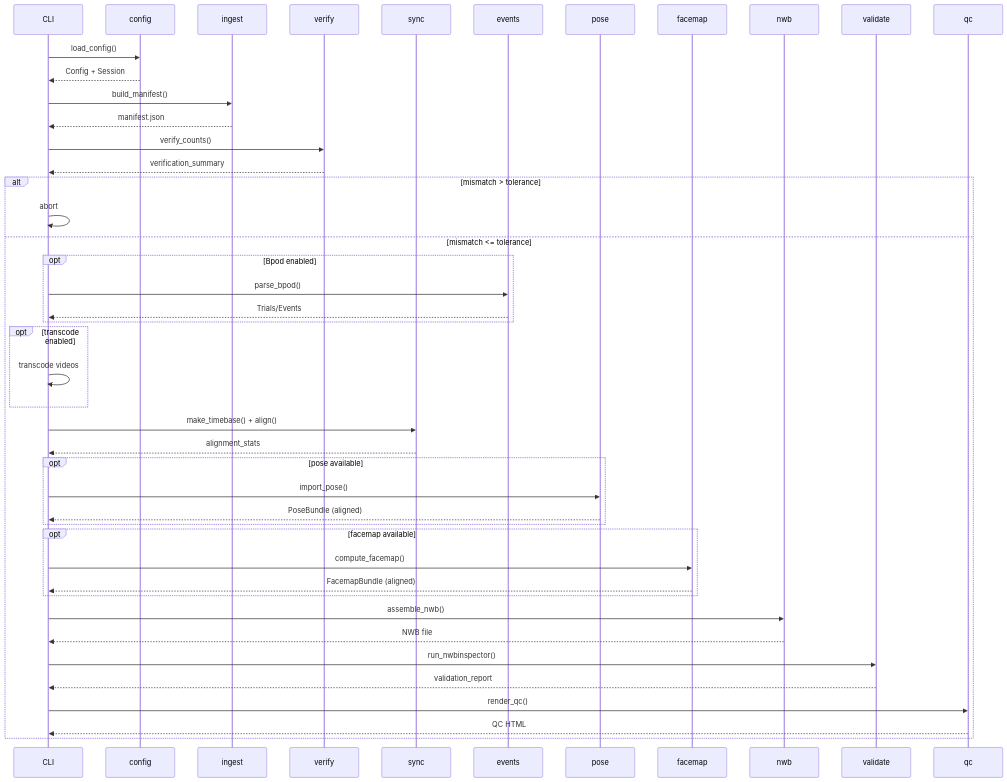
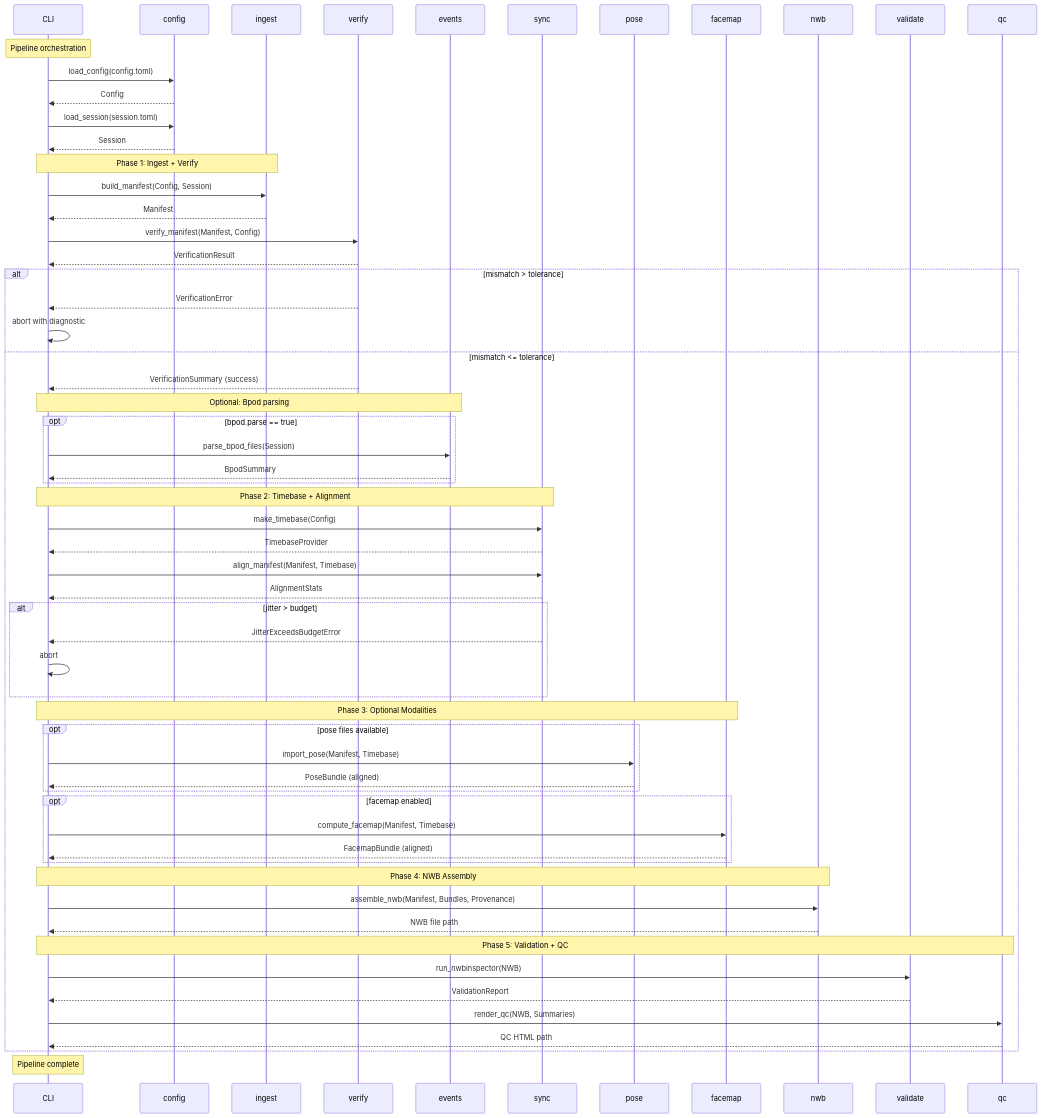
Before and after one commit to BorjaEst/w2t-bkin: the third of 3 diagrams in design.md, drawn with Mermaid. The commit also changed other lines of this file, not shown here.

Commit message:
feat: Enhance design documentation with detailed JSON schemas and error taxonomy

````diff
--- a/design.md
+++ b/design.md
@@ -167,48 +305,74 @@
 ```mermaid
 sequenceDiagram
   participant CLI
   participant config
   participant ingest
   participant verify
+  participant events
   participant sync
-  participant events
   participant pose
   participant facemap
   participant nwb
   participant validate
   participant qc
 
-  CLI->>config: load_config()
-  config-->>CLI: Config + Session
-  CLI->>ingest: build_manifest()
-  ingest-->>CLI: manifest.json
-  CLI->>verify: verify_counts()
-  verify-->>CLI: verification_summary
+  Note over CLI: Pipeline orchestration
+  CLI->>config: load_config(config.toml)
+  config-->>CLI: Config
+  CLI->>config: load_session(session.toml)
+  config-->>CLI: Session
+
+  Note over CLI,ingest: Phase 1: Ingest + Verify
+  CLI->>ingest: build_manifest(Config, Session)
+  ingest-->>CLI: Manifest
+  CLI->>verify: verify_manifest(Manifest, Config)
+  verify-->>CLI: VerificationResult
+
   alt mismatch > tolerance
-    CLI->>CLI: abort
+    verify-->>CLI: VerificationError
+    CLI->>CLI: abort with diagnostic
   else mismatch <= tolerance
-    opt Bpod enabled
-      CLI->>events: parse_bpod()
-      events-->>CLI: Trials/Events
+    verify-->>CLI: VerificationSummary (success)
+
+    Note over CLI,events: Optional: Bpod parsing
+    opt bpod.parse == true
+      CLI->>events: parse_bpod_files(Session)
+      events-->>CLI: BpodSummary
     end
-    opt transcode enabled
-      CLI->>CLI: transcode videos
+
+    Note over CLI,sync: Phase 2: Timebase + Alignment
+    CLI->>sync: make_timebase(Config)
+    sync-->>CLI: TimebaseProvider
+    CLI->>sync: align_manifest(Manifest, Timebase)
+    sync-->>CLI: AlignmentStats
+
+    alt jitter > budget
+      sync-->>CLI: JitterExceedsBudgetError
+      CLI->>CLI: abort
     end
-    CLI->>sync: make_timebase() + align()
-    sync-->>CLI: alignment_stats
-    opt pose available
-      CLI->>pose: import_pose()
+
+    Note over CLI,facemap: Phase 3: Optional Modalities
+    opt pose files available
+      CLI->>pose: import_pose(Manifest, Timebase)
       pose-->>CLI: PoseBundle (aligned)
     end
-    opt facemap available
-      CLI->>facemap: compute_facemap()
+
+    opt facemap enabled
+      CLI->>facemap: compute_facemap(Manifest, Timebase)
       facemap-->>CLI: FacemapBundle (aligned)
     end
-    CLI->>nwb: assemble_nwb()
-    nwb-->>CLI: NWB file
-    CLI->>validate: run_nwbinspector()
-    validate-->>CLI: validation_report
-    CLI->>qc: render_qc()
-    qc-->>CLI: QC HTML
+
+    Note over CLI,nwb: Phase 4: NWB Assembly
+    CLI->>nwb: assemble_nwb(Manifest, Bundles, Provenance)
+    nwb-->>CLI: NWB file path
+
+    Note over CLI,qc: Phase 5: Validation + QC
+    CLI->>validate: run_nwbinspector(NWB)
+    validate-->>CLI: ValidationReport
+
+    CLI->>qc: render_qc(NWB, Summaries)
+    qc-->>CLI: QC HTML path
   end
+
+  Note over CLI: Pipeline complete
 ```
````
